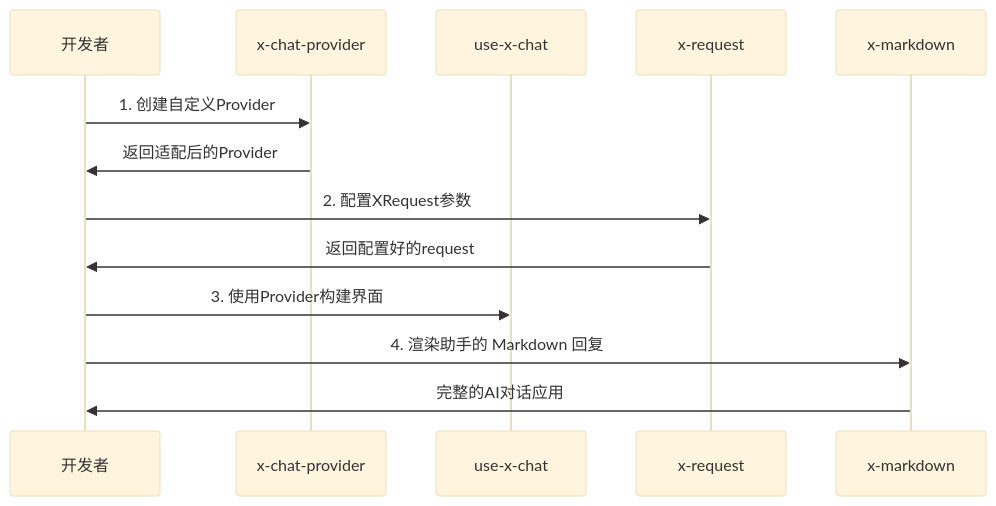
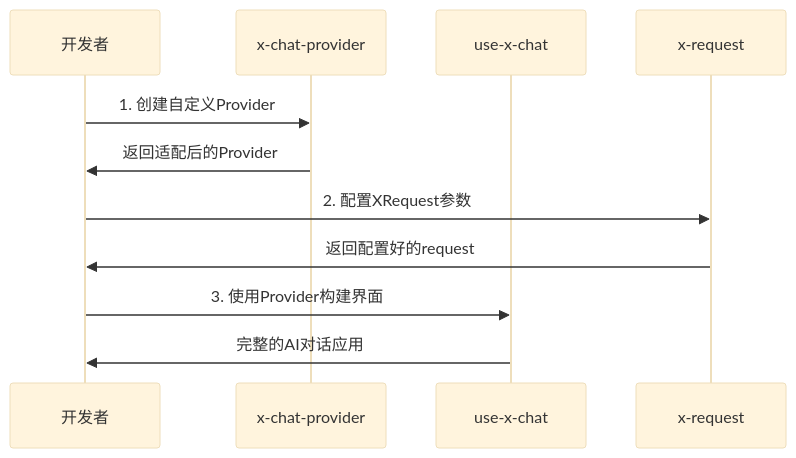
The fifth of 7 diagrams in packages/x-skill/skills-zh/x-chat-provider/SKILL.md (ant-design/x), drawn with Mermaid (base theme) before and after one commit. The commit also changed other lines of this file and 5 other files, not shown here.

````diff
--- a/packages/x-skill/skills-zh/x-chat-provider/SKILL.md
+++ b/packages/x-skill/skills-zh/x-chat-provider/SKILL.md
@@ -390,16 +386,14 @@
 ```mermaid
 sequenceDiagram
     participant Dev as 开发者
     participant CP as x-chat-provider
     participant UX as use-x-chat
     participant XR as x-request
-    participant XM as x-markdown
 
     Dev->>CP: 1. 创建自定义Provider
     CP->>Dev: 返回适配后的Provider
     Dev->>XR: 2. 配置XRequest参数
     XR->>Dev: 返回配置好的request
     Dev->>UX: 3. 使用Provider构建界面
-    Dev->>XM: 4. 渲染助手的 Markdown 回复
-    XM->>Dev: 完整的AI对话应用
+    UX->>Dev: 完整的AI对话应用
 ```
````
